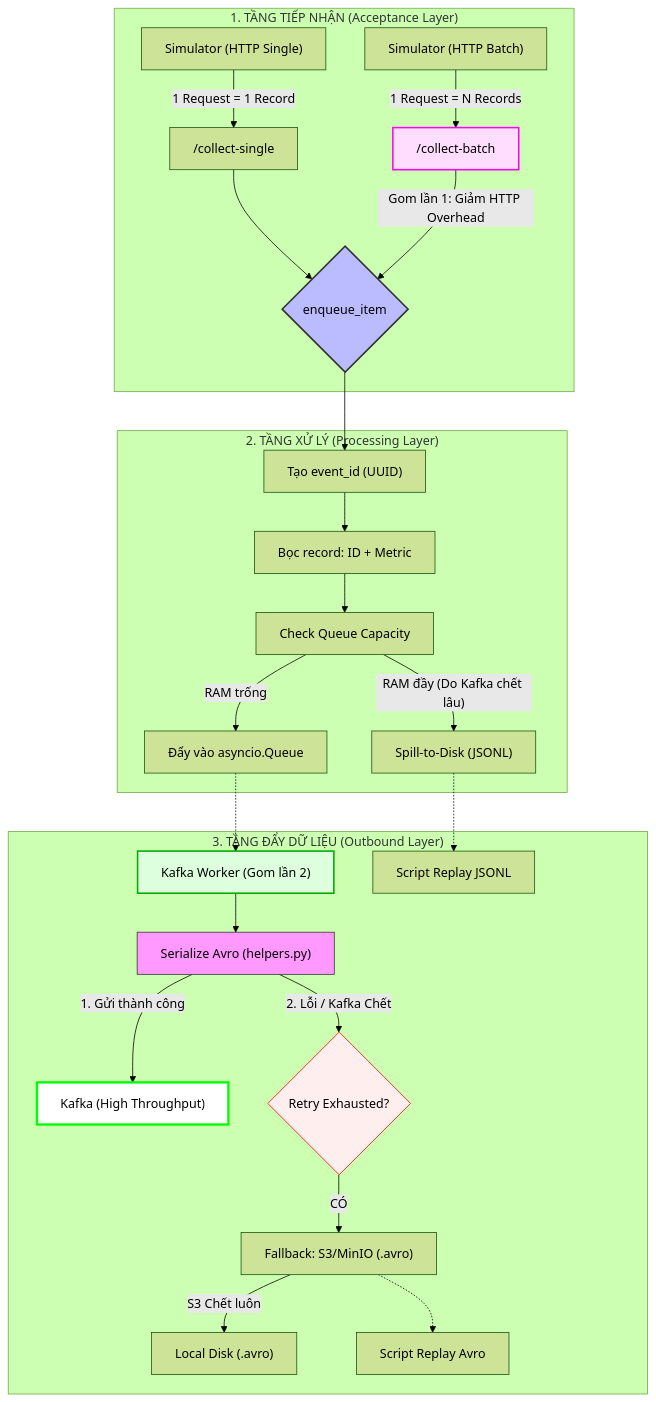
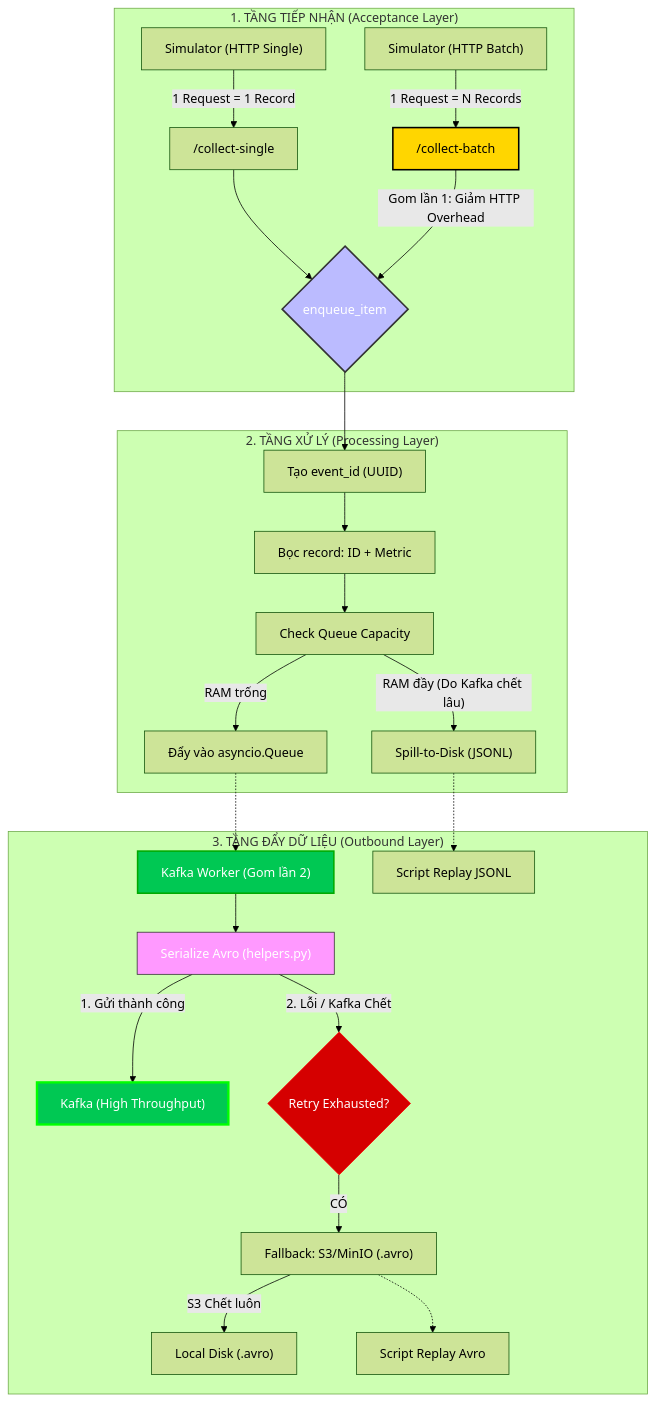
Before and after one commit to dHung2412/GITHUB_EVENT_PIPELINE: the diagram in src/metric_collector/README.md, drawn with Mermaid (forest theme).

Commit message:
Update diagram

````diff
--- a/src/metric_collector/README.md
+++ b/src/metric_collector/README.md
@@ -11,41 +11,55 @@
 ```mermaid
 ---
 config:
   layout: dagre
 ---
-graph TD
-    subgraph "1. TẦNG TIẾP NHẬN (Acceptance Layer)"
-        A1["Simulator (HTTP Single)"] -- "1 Request = 1 Record" --> B1["/collect-single"]
-        A2["Simulator (HTTP Batch)"] -- "1 Request = N Records" --> B2["/collect-batch"]
-        B1 --> C
-        B2 -- "Gom lần 1: Giảm HTTP Overhead" --> C
-    end
+flowchart TB
+ subgraph subGraph0["1. TẦNG TIẾP NHẬN (Acceptance Layer)"]
+        B1["/collect-single"]
+        A1["Simulator (HTTP Single)"]
+        B2["/collect-batch"]
+        A2["Simulator (HTTP Batch)"]
+        C{"enqueue_item"}
+  end
+ subgraph subGraph1["2. TẦNG XỬ LÝ (Processing Layer)"]
+        D["Tạo event_id (UUID)"]
+        E["Bọc record: ID + Metric"]
+        F["Check Queue Capacity"]
+        G["Đẩy vào asyncio.Queue"]
+        H["Spill-to-Disk (JSONL)"]
+  end
+ subgraph subGraph2["3. TẦNG ĐẨY DỮ LIỆU (Outbound Layer)"]
+        I["Kafka Worker (Gom lần 2)"]
+        J["Serialize Avro (helpers.py)"]
+        K["Kafka (High Throughput)"]
+        M{"Retry Exhausted?"}
+        N["Fallback: S3/MinIO (.avro)"]
+        O["Local Disk (.avro)"]
+        P["Script Replay JSONL"]
+        Q["Script Replay Avro"]
+  end
+    A1 -- "1 Request = 1 Record" --> B1
+    A2 -- "1 Request = N Records" --> B2
+    B1 --> C
+    B2 -- Gom lần 1: Giảm HTTP Overhead --> C
+    C --> D
+    D --> E
+    E --> F
+    F -- RAM trống --> G
+    F -- RAM đầy (Do Kafka chết lâu) --> H
+    G -.-> I
+    I --> J
+    J -- "1. Gửi thành công" --> K
+    J -- "2. Lỗi / Kafka Chết" --> M
+    M -- CÓ --> N
+    N -- S3 Chết luôn --> O
+    H -.-> P
+    N -.-> Q
 
-    subgraph "2. TẦNG XỬ LÝ (Processing Layer)"
-        C{enqueue_item}
-        C --> D["Tạo event_id (UUID)"]
-        D --> E["Bọc record: ID + Metric"]
-        E --> F["Check Queue Capacity"]
-        F -- "RAM trống" --> G["Đẩy vào asyncio.Queue"]
-        F -- "RAM đầy (Do Kafka chết lâu)" --> H["Spill-to-Disk (JSONL)"]
-    end
-
-    subgraph "3. TẦNG ĐẨY DỮ LIỆU (Outbound Layer)"
-        G -.-> I["Kafka Worker (Gom lần 2)"]
-        I --> J["Serialize Avro (helpers.py)"]
-        J -- "1. Gửi thành công" --> K["Kafka (High Throughput)"]
-
-        J -- "2. Lỗi / Kafka Chết" --> M{Retry Exhausted?}
-        M -- "CÓ" --> N["Fallback: S3/MinIO (.avro)"]
-        N -- "S3 Chết luôn" --> O["Local Disk (.avro)"]
-
-        H -.-> P["Script Replay JSONL"]
-        N -.-> Q["Script Replay Avro"]
-    end
-    style B2 fill:#fdf,stroke:#f0f,stroke-width:2px
-    style I fill:#dfd,stroke:#0a0,stroke-width:2px
-    style J fill:#f9f,stroke:#333
-    style C fill:#bbf,stroke:#333,stroke-width:2px
-    style K fill:#fff,stroke:#0f0,stroke-width:3px
-    style M fill:#fee,stroke:#f00
+    style B2 fill:#FFD600,stroke:#000000,stroke-width:2px,color:#000000
+    style C fill:#bbf,stroke:#333,stroke-width:2px,color:#FFFFFF
+    style I fill:#00C853,stroke:#0a0,stroke-width:2px,color:#FFFFFF
+    style J fill:#f9f,stroke:#333,color:#FFFFFF
+    style K fill:#00C853,stroke:#0f0,stroke-width:3px,color:#FFFFFF
+    style M fill:#D50000,stroke:#f00,color:#FFFFFF
 ```
````
